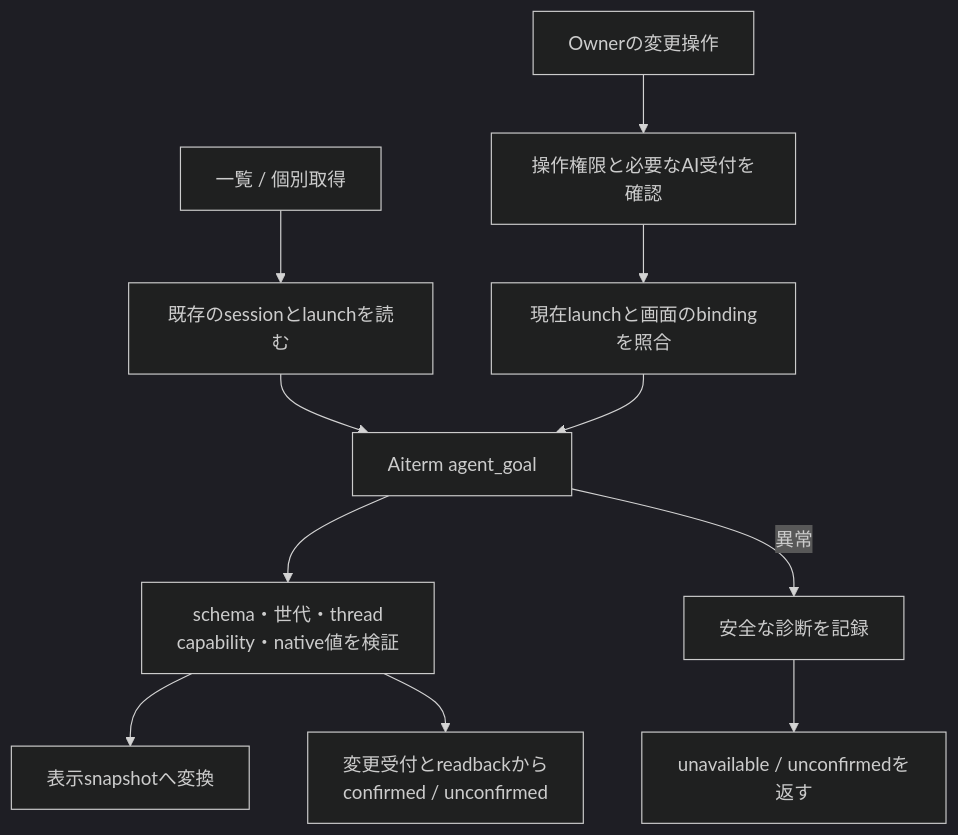
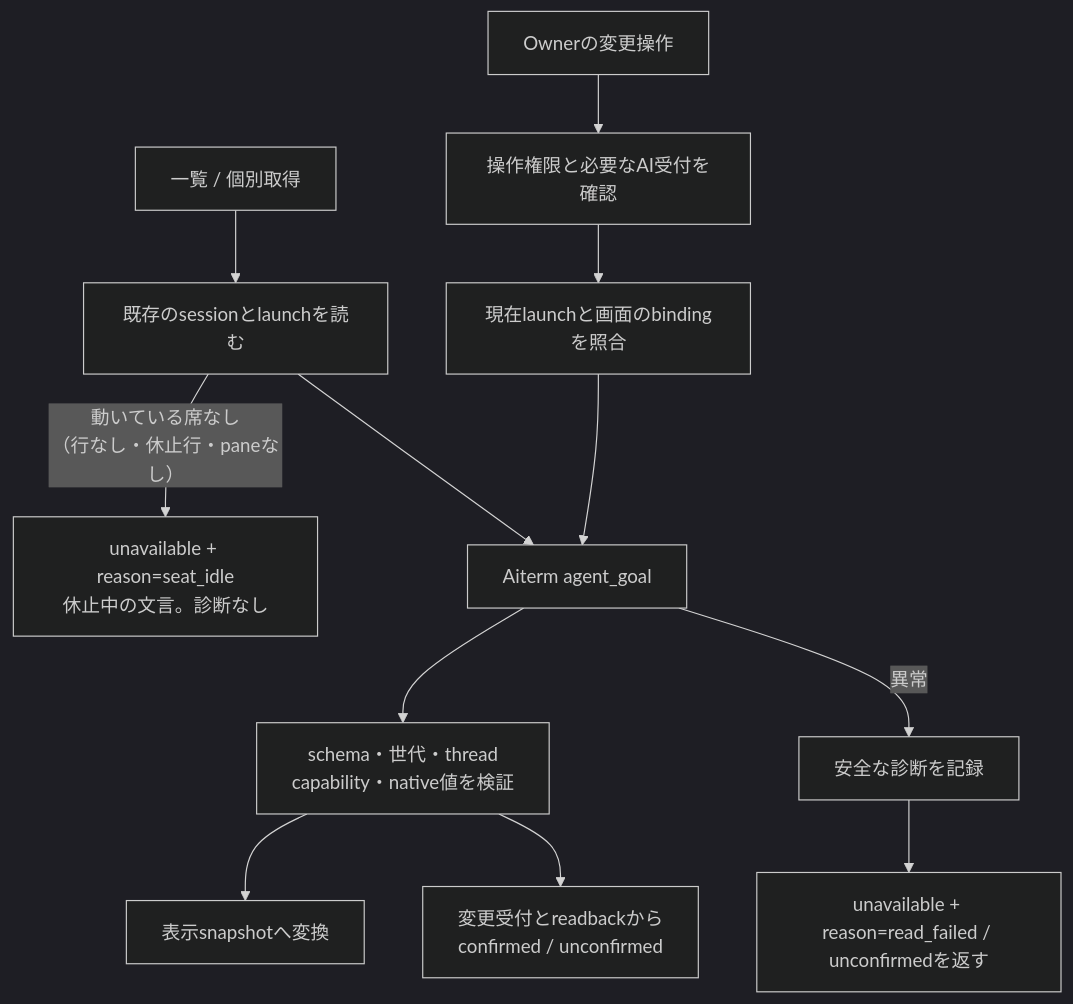
One commit to kitepon/BellTeam changed the third of 3 diagrams in docs/architecture/control-details.md. Above: the diagram before and after it, drawn with Mermaid (dark theme). The commit also changed other lines of this file and 5 other files, not shown here.

First line of the commit message:
Goal read: tell a seat that is not running apart from a read failure

````diff
--- a/docs/architecture/control-details.md
+++ b/docs/architecture/control-details.md
@@ -97,13 +97,14 @@
 ```mermaid
 flowchart TD
   Read["一覧 / 個別取得"] --> Targets["既存のsessionとlaunchを読む"]
+  Targets -->|"動いている席なし<br/>（行なし・休止行・paneなし）"| Idle["unavailable + reason=seat_idle<br/>休止中の文言。診断なし"]
   Change["Ownerの変更操作"] --> Gate["操作権限と必要なAI受付を確認"]
   Gate --> Expected["現在launchと画面のbindingを照合"]
   Targets --> Call["Aiterm agent_goal"]
   Expected --> Call
   Call --> Validate["schema・世代・thread<br/>capability・native値を検証"]
   Validate --> Snapshot["表示snapshotへ変換"]
   Validate --> Outcome["変更受付とreadbackから<br/>confirmed / unconfirmed"]
   Call -->|"異常"| Report["安全な診断を記録"]
-  Report --> Unavailable["unavailable / unconfirmedを返す"]
+  Report --> Unavailable["unavailable + reason=read_failed / unconfirmedを返す"]
 ```
````
